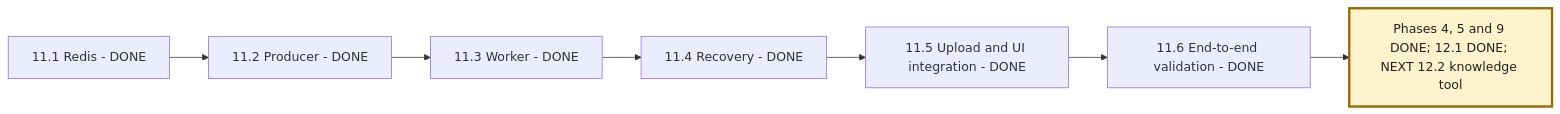
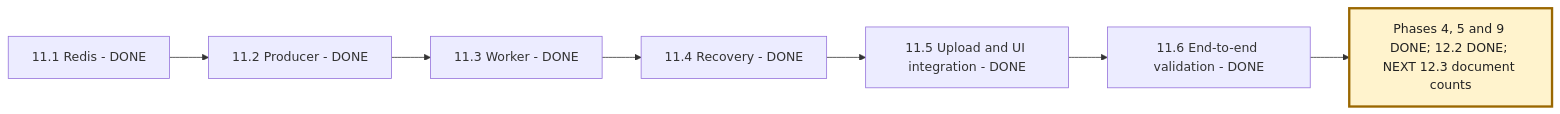
One commit to msdian0007/nexaAi changed the third of 4 diagrams in NEXAAI_ROADMAP.md. Above: the diagram before and after it, drawn with Mermaid. The commit also changed other lines of this file and 6 other files, not shown here.

Commit message:
connect the knowledge-answer tool

````diff
--- a/NEXAAI_ROADMAP.md
+++ b/NEXAAI_ROADMAP.md
@@ -256,10 +257,10 @@
 ```mermaid
 flowchart LR
     A[11.1 Redis - DONE] --> B[11.2 Producer - DONE]
     B --> C[11.3 Worker - DONE]
     C --> D[11.4 Recovery - DONE]
     D --> E[11.5 Upload and UI integration - DONE]
     E --> F[11.6 End-to-end validation - DONE]
-    F --> G[Phases 4, 5 and 9 DONE; 12.1 DONE; NEXT 12.2 knowledge tool]
+    F --> G[Phases 4, 5 and 9 DONE; 12.2 DONE; NEXT 12.3 document counts]
     style G fill:#fff3cd,stroke:#9a6700,stroke-width:3px,color:#222
 ```
````
